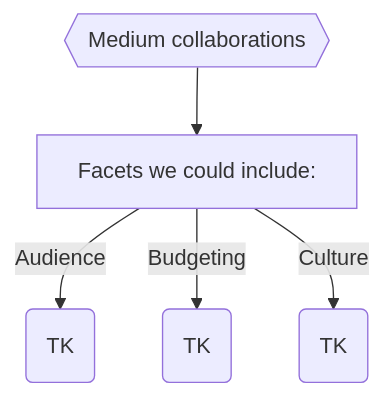
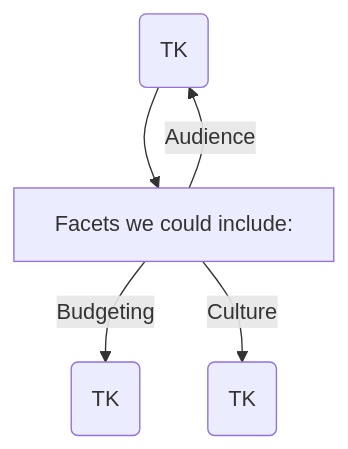
The third of 4 diagrams in docs/README.md (tiffehr/collaboration-capstone), drawn with Mermaid before and after one commit. The commit also changed other lines of this file, not shown here.

Commit message:
cleanup initial IDs on chart tops

```diff
--- a/docs/README.md
+++ b/docs/README.md
@@ -56,7 +56,7 @@
 <div class="mermaid">
 graph TD
-  SZ{{"Medium" collaborations}} --> F[Facets we could include:]
+  A{{"Medium" collaborations}} --> F[Facets we could include:]
     F --> |Audience| A(TK)
     F --> |Budgeting| B(TK)
     F --> |Culture| C(TK)
 </div>
```
